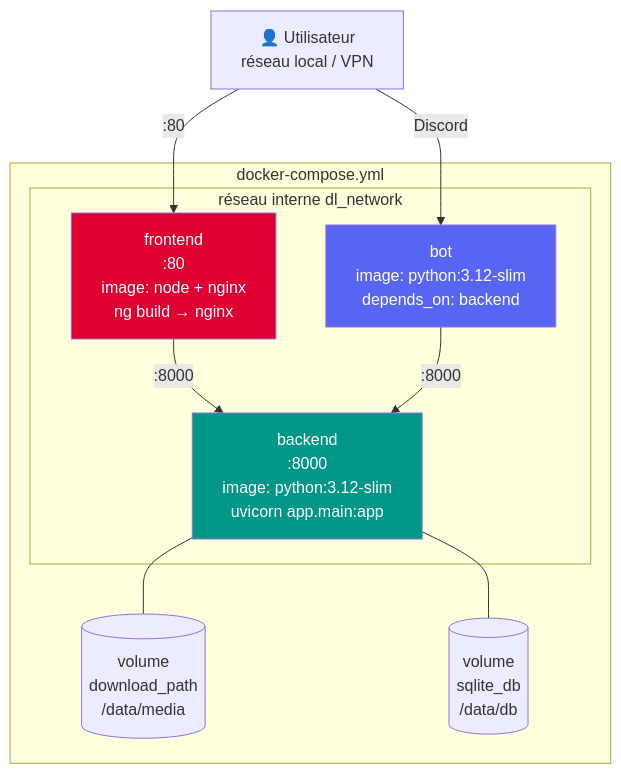
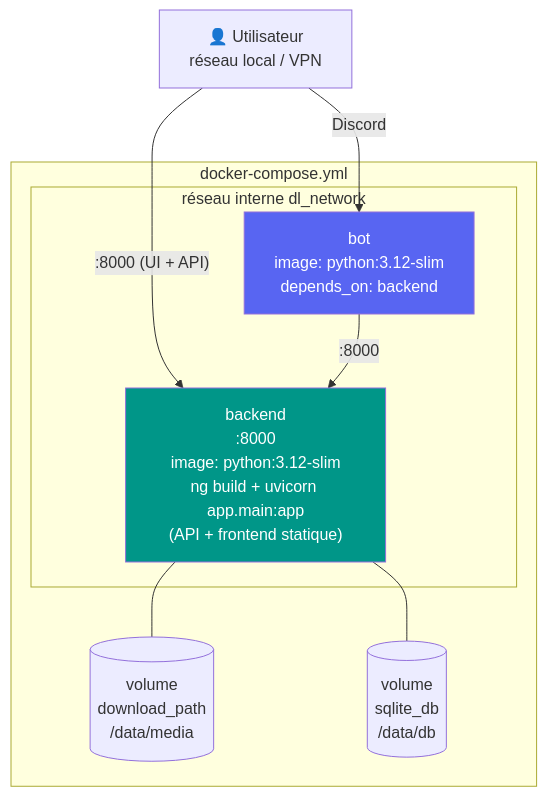
One commit to Gon3s/dl_discord_bot changed the seventh of 7 diagrams in docs/architecture-v2.md. Above: the diagram before and after it, drawn with Mermaid. The commit also changed other lines of this file and 13 other files, not shown here.

````diff
--- a/docs/architecture-v2.md
+++ b/docs/architecture-v2.md
@@ -367,24 +370,21 @@
 ```mermaid
 graph TB
     subgraph docker["docker-compose.yml"]
         subgraph net["réseau interne dl_network"]
-            BE["backend<br/>:8000<br/>image: python:3.12-slim<br/>uvicorn app.main:app"]
+            BE["backend<br/>:8000<br/>image: python:3.12-slim<br/>ng build + uvicorn app.main:app<br/>(API + frontend statique)"]
             BOT["bot<br/>image: python:3.12-slim<br/>depends_on: backend"]
-            FE["frontend<br/>:80<br/>image: node + nginx<br/>ng build → nginx"]
         end
 
         V1[("volume<br/>download_path<br/>/data/media")]
         V2[("volume<br/>sqlite_db<br/>/data/db")]
     end
 
-    USER["👤 Utilisateur<br/>réseau local / VPN"] -->|:80| FE
+    USER["👤 Utilisateur<br/>réseau local / VPN"] -->|":8000 (UI + API)"| BE
     USER -->|Discord| BOT
-    FE -->|:8000| BE
     BOT -->|:8000| BE
     BE --- V1
     BE --- V2
 
     style BE fill:#009688,color:#fff
     style BOT fill:#5865F2,color:#fff
-    style FE fill:#DD0031,color:#fff
 ```
````
